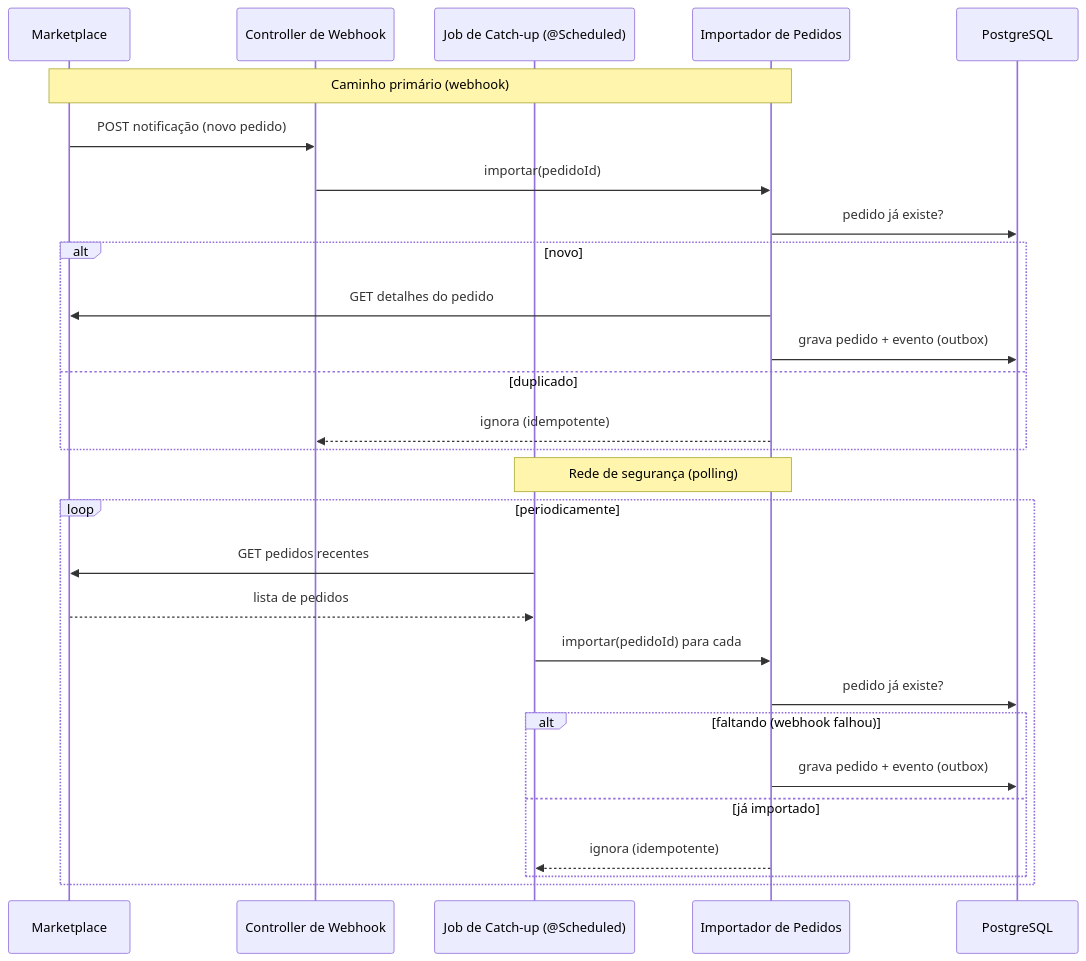
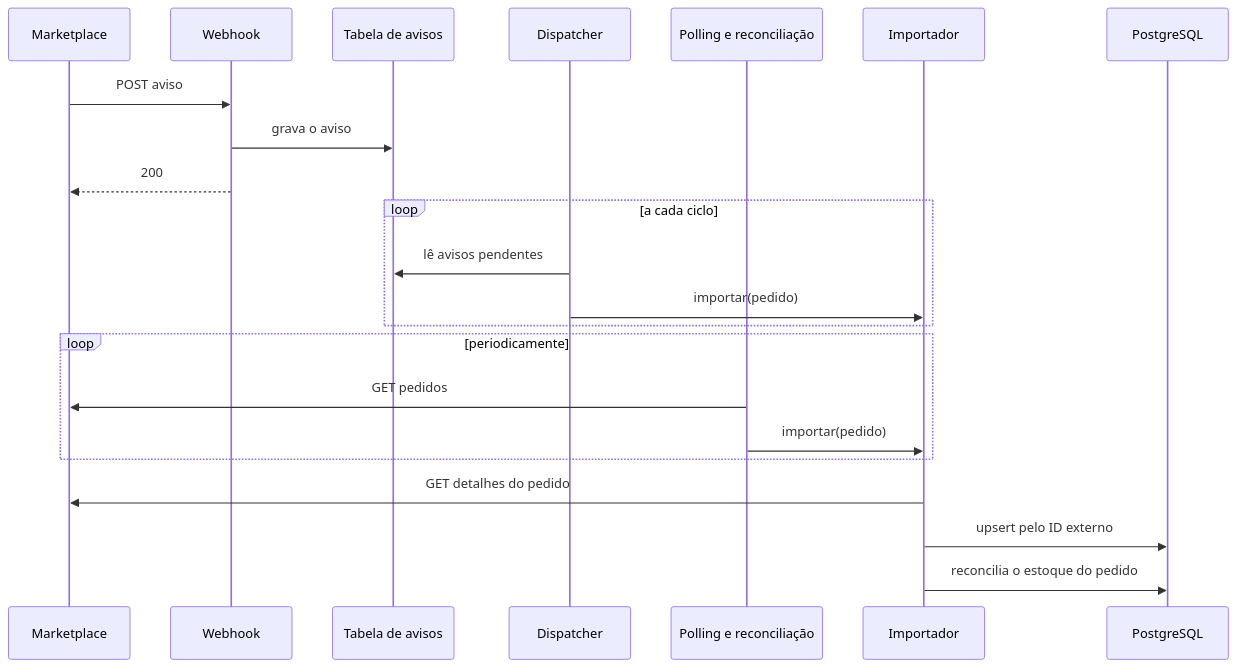
Before and after one commit to GustavoGermanoL/erp-multicanal-overview: the second of 3 diagrams in README.md, drawn with Mermaid. The commit also changed other lines of this file, not shown here.

````diff
--- a/README.md
+++ b/README.md
@@ -176,32 +202,25 @@
 ```mermaid
 sequenceDiagram
     participant MP as Marketplace
-    participant WH as Controller de Webhook
-    participant JOB as Job de Catch-up (@Scheduled)
-    participant IMP as Importador de Pedidos
+    participant WH as Webhook
+    participant TB as Tabela de avisos
+    participant DP as Dispatcher
+    participant JOB as Polling e reconciliação
+    participant IMP as Importador
     participant DB as PostgreSQL
 
-    Note over MP,IMP: Caminho primário (webhook)
-    MP->>WH: POST notificação (novo pedido)
-    WH->>IMP: importar(pedidoId)
-    IMP->>DB: pedido já existe?
-    alt novo
-        IMP->>MP: GET detalhes do pedido
-        IMP->>DB: grava pedido + evento (outbox)
-    else duplicado
-        IMP-->>WH: ignora (idempotente)
+    MP->>WH: POST aviso
+    WH->>TB: grava o aviso
+    WH-->>MP: 200
+    loop a cada ciclo
+        DP->>TB: lê avisos pendentes
+        DP->>IMP: importar(pedido)
     end
-
-    Note over JOB,IMP: Rede de segurança (polling)
     loop periodicamente
-        JOB->>MP: GET pedidos recentes
-        MP-->>JOB: lista de pedidos
-        JOB->>IMP: importar(pedidoId) para cada
-        IMP->>DB: pedido já existe?
-        alt faltando (webhook falhou)
-            IMP->>DB: grava pedido + evento (outbox)
-        else já importado
-            IMP-->>JOB: ignora (idempotente)
-        end
+        JOB->>MP: GET pedidos
+        JOB->>IMP: importar(pedido)
     end
+    IMP->>MP: GET detalhes do pedido
+    IMP->>DB: upsert pelo ID externo
+    IMP->>DB: reconcilia o estoque do pedido
 ```
````
